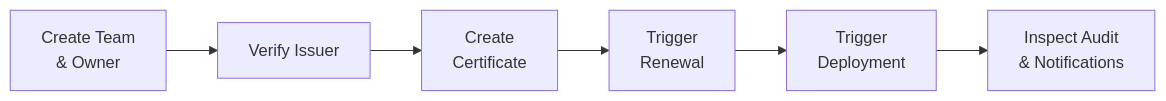
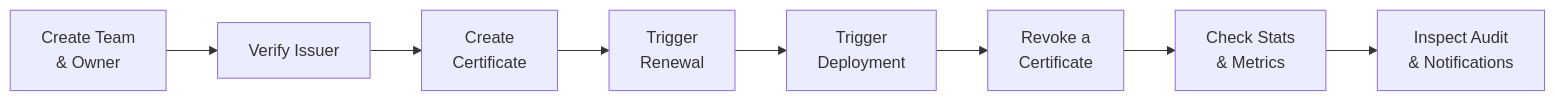
The first of 6 diagrams in docs/demo-advanced.md (certctl-io/certctl), drawn with Mermaid before and after one commit. The commit also changed other lines of this file and 5 other files, not shown here.

````diff
--- a/docs/demo-advanced.md
+++ b/docs/demo-advanced.md
@@ -30,8 +30,10 @@
 ```mermaid
 flowchart LR
     A[Create Team\n& Owner] --> B[Verify Issuer]
     B --> C[Create\nCertificate]
     C --> D[Trigger\nRenewal]
     D --> E[Trigger\nDeployment]
-    E --> F[Inspect Audit\n& Notifications]
+    E --> F[Revoke a\nCertificate]
+    F --> G[Check Stats\n& Metrics]
+    G --> H[Inspect Audit\n& Notifications]
 ```
````
